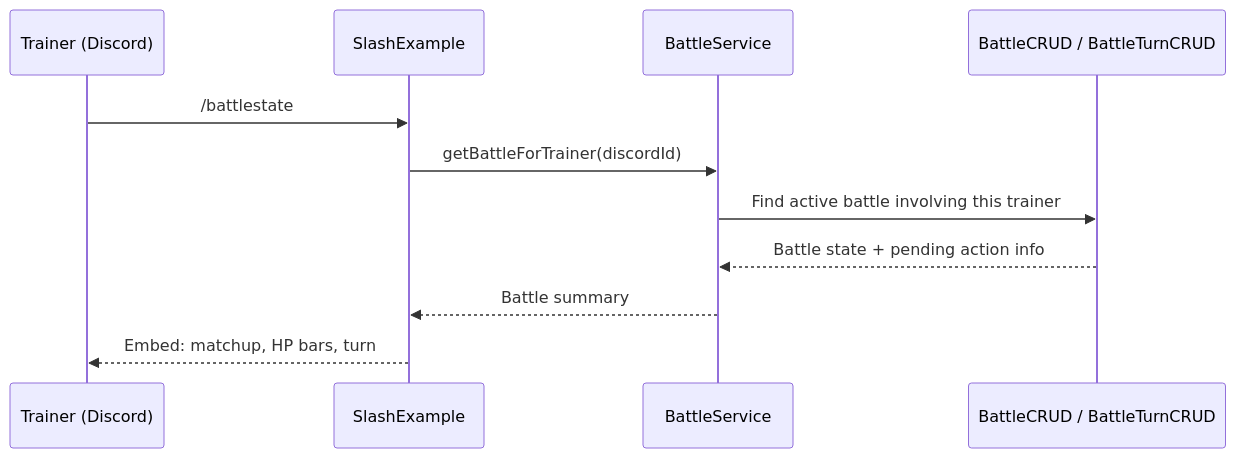
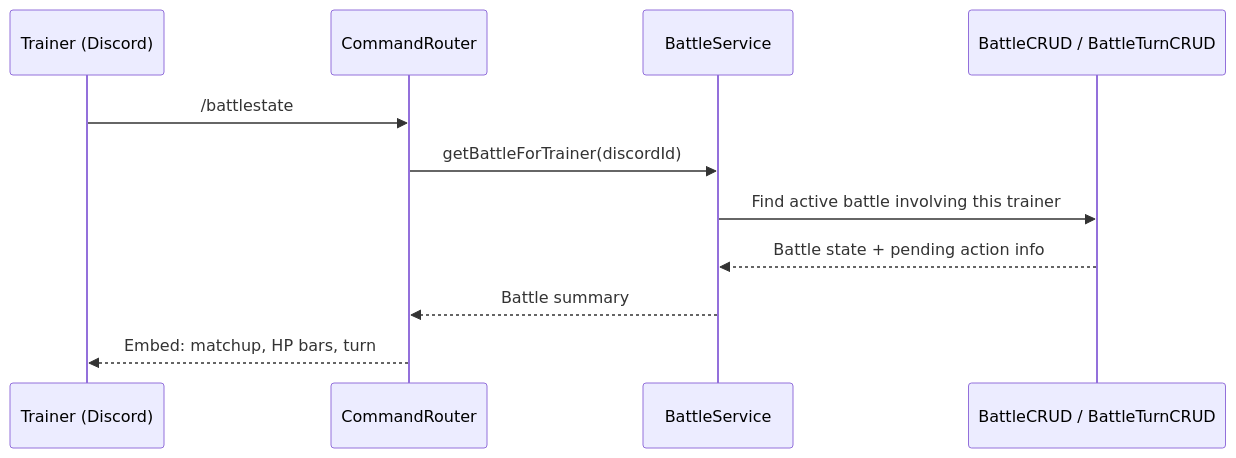
Before and after one commit to Saerkyne/pokemon-oop: the seventh of 7 diagrams in Documentation/Battle-Loop-Project-Guide.md, drawn with Mermaid. The commit also changed other lines of this file and 183 other files, not shown here.

````diff
--- a/Documentation/Battle-Loop-Project-Guide.md
+++ b/Documentation/Battle-Loop-Project-Guide.md
@@ -354,14 +354,14 @@
 ```mermaid
 sequenceDiagram
     participant U1 as Trainer (Discord)
-    participant Bot as SlashExample
+    participant Bot as CommandRouter
     participant BS as BattleService
     participant DB as BattleCRUD / BattleTurnCRUD
 
     U1->>Bot: /battlestate
     Bot->>BS: getBattleForTrainer(discordId)
     BS->>DB: Find active battle involving this trainer
     DB-->>BS: Battle state + pending action info
     BS-->>Bot: Battle summary
     Bot-->>U1: Embed: matchup, HP bars, turn #, who has/hasn't submitted
 ```
````
